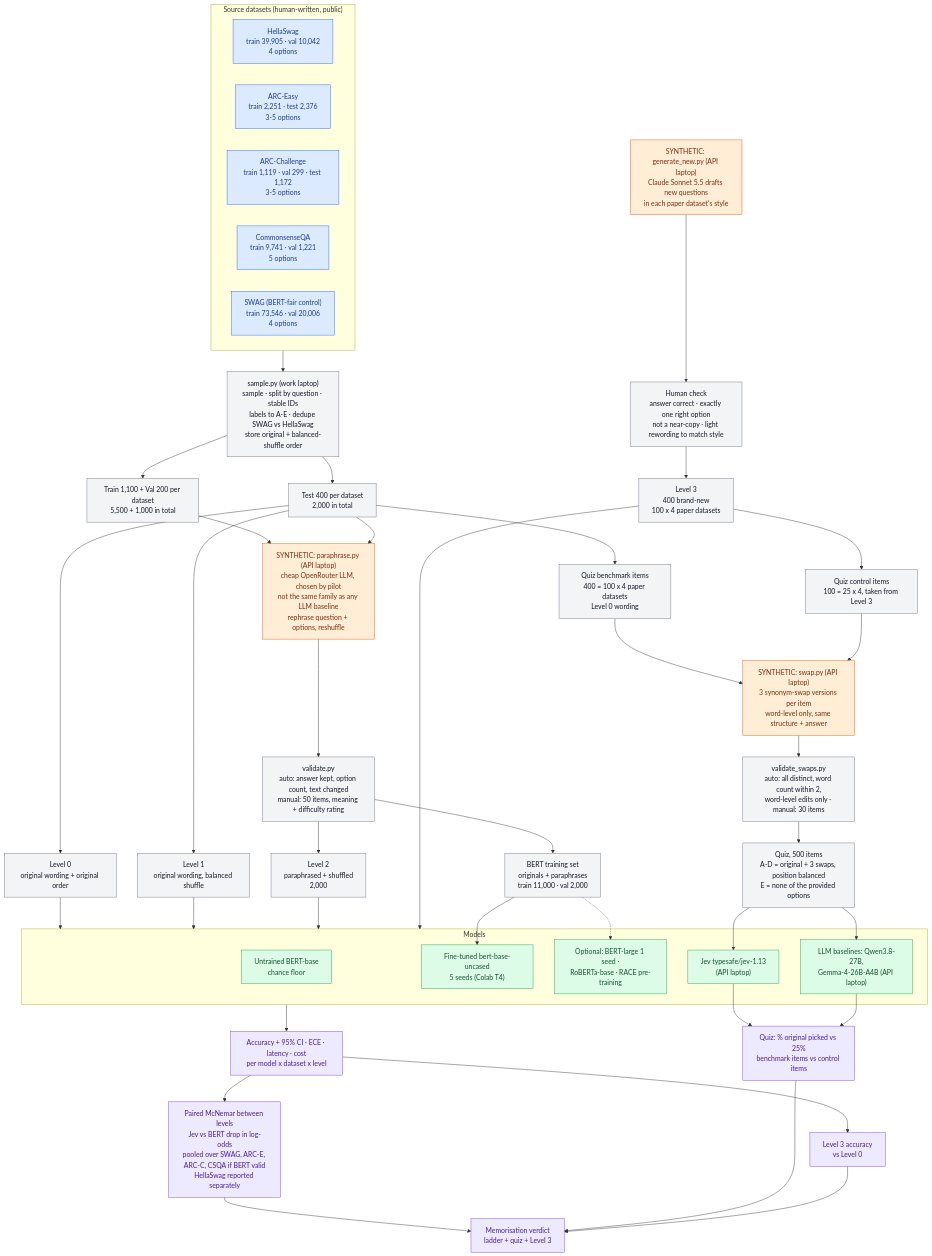
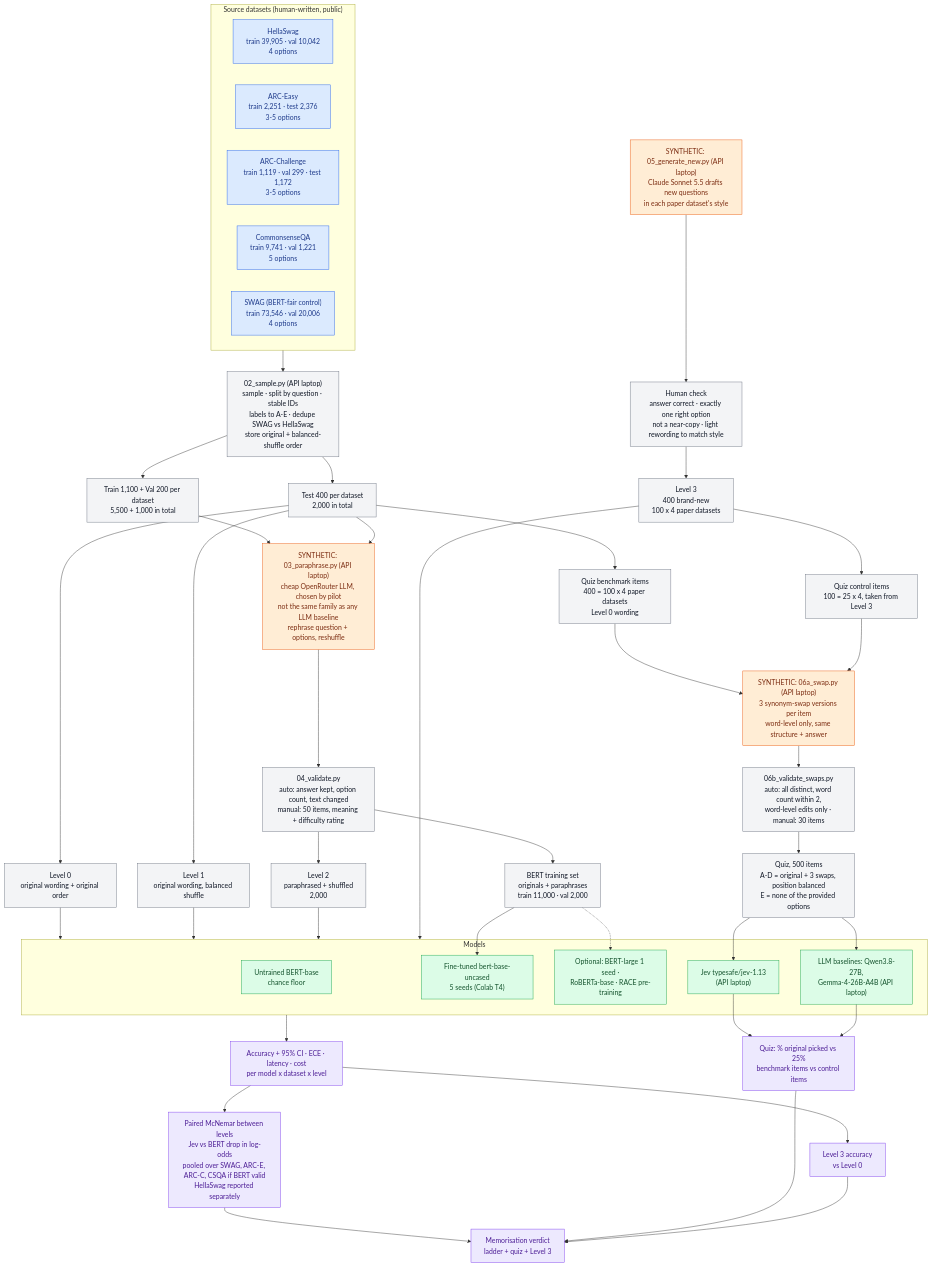
Before and after one commit to am3lia-low/jev-project: the diagram in docs/PLAN.md, drawn with Mermaid. The commit also changed other lines of this file and 20 other files, not shown here.

````diff
--- a/docs/PLAN.md
+++ b/docs/PLAN.md
@@ -51,79 +51,79 @@
 ```mermaid
 flowchart TD
     %% ---------- Source datasets (human-written) ----------
     subgraph SRC["Source datasets (human-written, public)"]
         HS["HellaSwag<br/>train 39,905 · val 10,042<br/>4 options"]
         AE["ARC-Easy<br/>train 2,251 · test 2,376<br/>3-5 options"]
         AC["ARC-Challenge<br/>train 1,119 · val 299 · test 1,172<br/>3-5 options"]
         CQ["CommonsenseQA<br/>train 9,741 · val 1,221<br/>5 options"]
         SW["SWAG (BERT-fair control)<br/>train 73,546 · val 20,006<br/>4 options"]
     end
 
     %% ---------- Sampling (scripted) ----------
-    SRC --> SAMPLE["sample.py (work laptop)<br/>sample · split by question · stable IDs<br/>labels to A-E · dedupe SWAG vs HellaSwag<br/>store original + balanced-shuffle order"]
+    SRC --> SAMPLE["02_sample.py (API laptop)<br/>sample · split by question · stable IDs<br/>labels to A-E · dedupe SWAG vs HellaSwag<br/>store original + balanced-shuffle order"]
     SAMPLE --> TRV["Train 1,100 + Val 200 per dataset<br/>5,500 + 1,000 in total"]
     SAMPLE --> TEST["Test 400 per dataset<br/>2,000 in total"]
 
     %% ---------- Levels 0 and 1 (scripted) ----------
     TEST --> L0["Level 0<br/>original wording + original order"]
     TEST --> L1["Level 1<br/>original wording, balanced shuffle"]
 
     %% ---------- Synthetic: paraphrases ----------
-    TRV --> PARA["SYNTHETIC: paraphrase.py (API laptop)<br/>cheap OpenRouter LLM, chosen by pilot<br/>not the same family as any LLM baseline<br/>rephrase question + options, reshuffle"]
+    TRV --> PARA["SYNTHETIC: 03_paraphrase.py (API laptop)<br/>cheap OpenRouter LLM, chosen by pilot<br/>not the same family as any LLM baseline<br/>rephrase question + options, reshuffle"]
     TEST --> PARA
-    PARA --> VPARA["validate.py<br/>auto: answer kept, option count, text changed<br/>manual: 50 items, meaning + difficulty rating"]
+    PARA --> VPARA["04_validate.py<br/>auto: answer kept, option count, text changed<br/>manual: 50 items, meaning + difficulty rating"]
     VPARA --> L2["Level 2<br/>paraphrased + shuffled<br/>2,000"]
     VPARA --> TRAINSET["BERT training set<br/>originals + paraphrases<br/>train 11,000 · val 2,000"]
 
     %% ---------- Synthetic: brand-new questions ----------
-    GEN["SYNTHETIC: generate_new.py (API laptop)<br/>Claude Sonnet 5.5 drafts new questions<br/>in each paper dataset's style"] --> HNEW["Human check<br/>answer correct · exactly one right option<br/>not a near-copy · light rewording to match style"]
+    GEN["SYNTHETIC: 05_generate_new.py (API laptop)<br/>Claude Sonnet 5.5 drafts new questions<br/>in each paper dataset's style"] --> HNEW["Human check<br/>answer correct · exactly one right option<br/>not a near-copy · light rewording to match style"]
     HNEW --> L3["Level 3<br/>400 brand-new<br/>100 x 4 paper datasets"]
 
     %% ---------- Synthetic: memorisation quiz ----------
     TEST --> QSEL["Quiz benchmark items<br/>400 = 100 x 4 paper datasets<br/>Level 0 wording"]
     L3 --> QCTRL["Quiz control items<br/>100 = 25 x 4, taken from Level 3"]
-    QSEL --> SWAP["SYNTHETIC: swap.py (API laptop)<br/>3 synonym-swap versions per item<br/>word-level only, same structure + answer"]
+    QSEL --> SWAP["SYNTHETIC: 06a_swap.py (API laptop)<br/>3 synonym-swap versions per item<br/>word-level only, same structure + answer"]
     QCTRL --> SWAP
-    SWAP --> VSWAP["validate_swaps.py<br/>auto: all distinct, word count within 2,<br/>word-level edits only · manual: 30 items"]
+    SWAP --> VSWAP["06b_validate_swaps.py<br/>auto: all distinct, word count within 2,<br/>word-level edits only · manual: 30 items"]
     VSWAP --> QUIZ["Quiz, 500 items<br/>A-D = original + 3 swaps, position balanced<br/>E = none of the provided options"]
 
     %% ---------- Models ----------
     subgraph MODELS["Models"]
         BERTU["Untrained BERT-base<br/>chance floor"]
         BERTFT["Fine-tuned bert-base-uncased<br/>5 seeds (Colab T4)"]
         OPT["Optional: BERT-large 1 seed ·<br/>RoBERTa-base · RACE pre-training"]
         JEV["Jev typesafe/jev-1.13<br/>(API laptop)"]
         LLM["LLM baselines: Qwen3.8-27B,<br/>Gemma-4-26B-A4B (API laptop)"]
     end
     TRAINSET --> BERTFT
     TRAINSET -.-> OPT
 
     L0 --> MODELS
     L1 --> MODELS
     L2 --> MODELS
     L3 --> MODELS
     QUIZ --> JEV
     QUIZ --> LLM
 
     %% ---------- Results ----------
     MODELS --> R1["Accuracy + 95% CI · ECE · latency · cost<br/>per model x dataset x level"]
     R1 --> R2["Paired McNemar between levels<br/>Jev vs BERT drop in log-odds<br/>pooled over SWAG, ARC-E, ARC-C, CSQA if BERT valid<br/>HellaSwag reported separately"]
     JEV --> R3["Quiz: % original picked vs 25%<br/>benchmark items vs control items"]
     LLM --> R3
     R1 --> R4["Level 3 accuracy<br/>vs Level 0"]
     R2 --> FINAL["Memorisation verdict<br/>ladder + quiz + Level 3"]
     R3 --> FINAL
     R4 --> FINAL
 
     %% ---------- Styles ----------
     classDef human fill:#dbeafe,stroke:#2563eb,color:#1e3a8a
     classDef synth fill:#ffedd5,stroke:#ea580c,color:#7c2d12
     classDef script fill:#f3f4f6,stroke:#6b7280,color:#111827
     classDef model fill:#dcfce7,stroke:#16a34a,color:#14532d
     classDef result fill:#ede9fe,stroke:#7c3aed,color:#4c1d95
     class HS,AE,AC,CQ,SW human
     class PARA,GEN,SWAP synth
     class SAMPLE,TRV,TEST,L0,L1,L2,L3,TRAINSET,VPARA,HNEW,QSEL,QCTRL,VSWAP,QUIZ script
     class BERTU,BERTFT,OPT,JEV,LLM model
     class R1,R2,R3,R4,FINAL result
 ```
````
